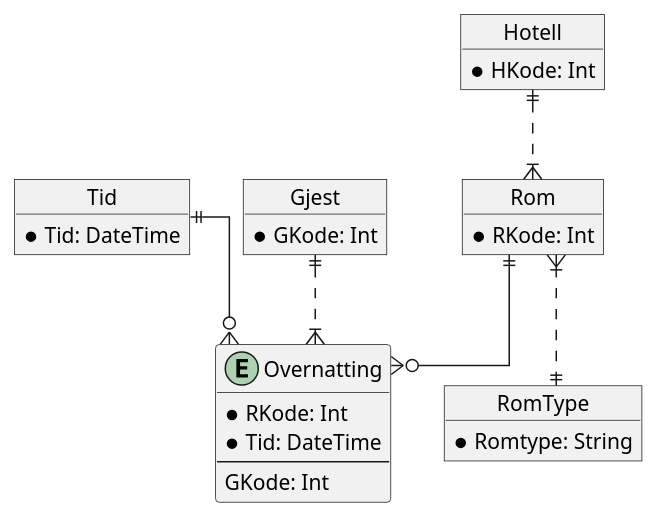
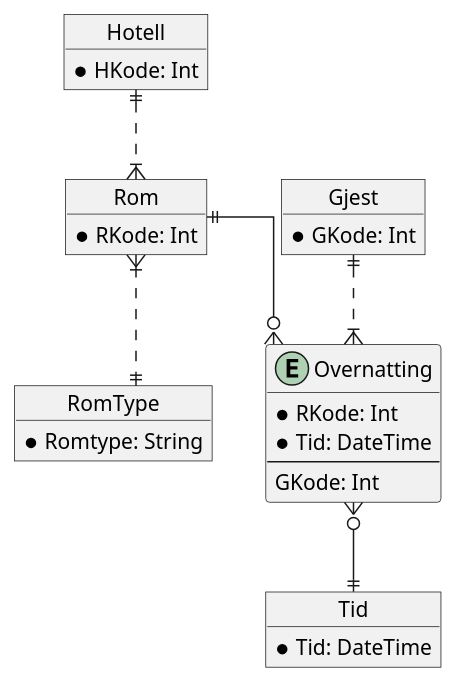
One commit to Vatnar/UIAOBSIDIAN changed the second of 2 diagrams in 25V/IKT105 Datamodellering og Databaser/Jan/01.29 Datamodellering.md. Above: the diagram before and after it, drawn with PlantUML. The commit also changed other lines of this file, not shown here.

Commit message:
vault backup: 2025-01-29 13:17:28

````diff
--- a/25V/IKT105 Datamodellering og Databaser/Jan/01.29 Datamodellering.md
+++ b/25V/IKT105 Datamodellering og Databaser/Jan/01.29 Datamodellering.md
@@ -35,34 +35,34 @@
 ```plantuml
 @startuml
 skinparam linetype ortho
 object Tid{
 *Tid: DateTime
 }
 object Hotell{
 *HKode: Int
 }
 
 object Rom {
   *RKode: Int
 }
 object RomType{
 *Romtype: String
 }
 object Gjest{
 *GKode: Int
 }
 
 entity Overnatting {
 *RKode: Int
 *Tid: DateTime
 --
 GKode: Int
 }
 
 Hotell ||..|{Rom
 Rom  ||--o{Overnatting
-Tid ||--o{ Overnatting
+Overnatting }o--||Tid
 Gjest ||..|{Overnatting
 Rom }|..|| RomType
 @enduml
 ```
````
